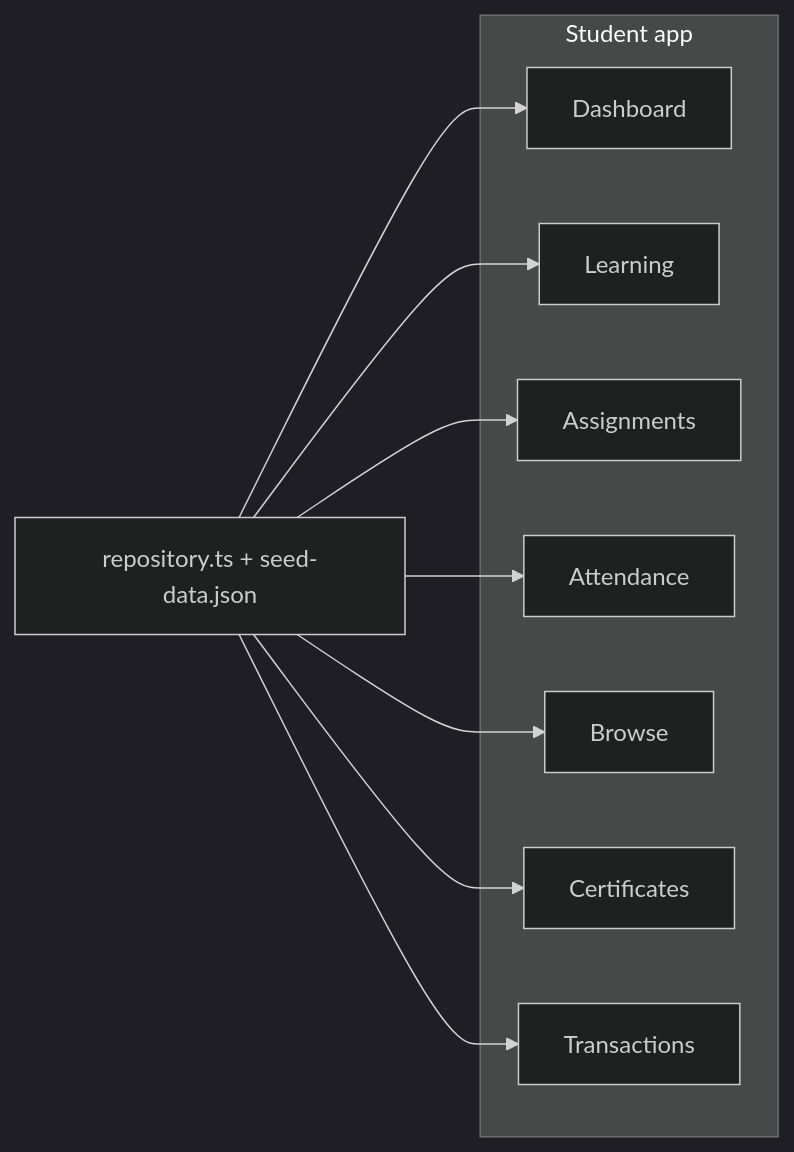
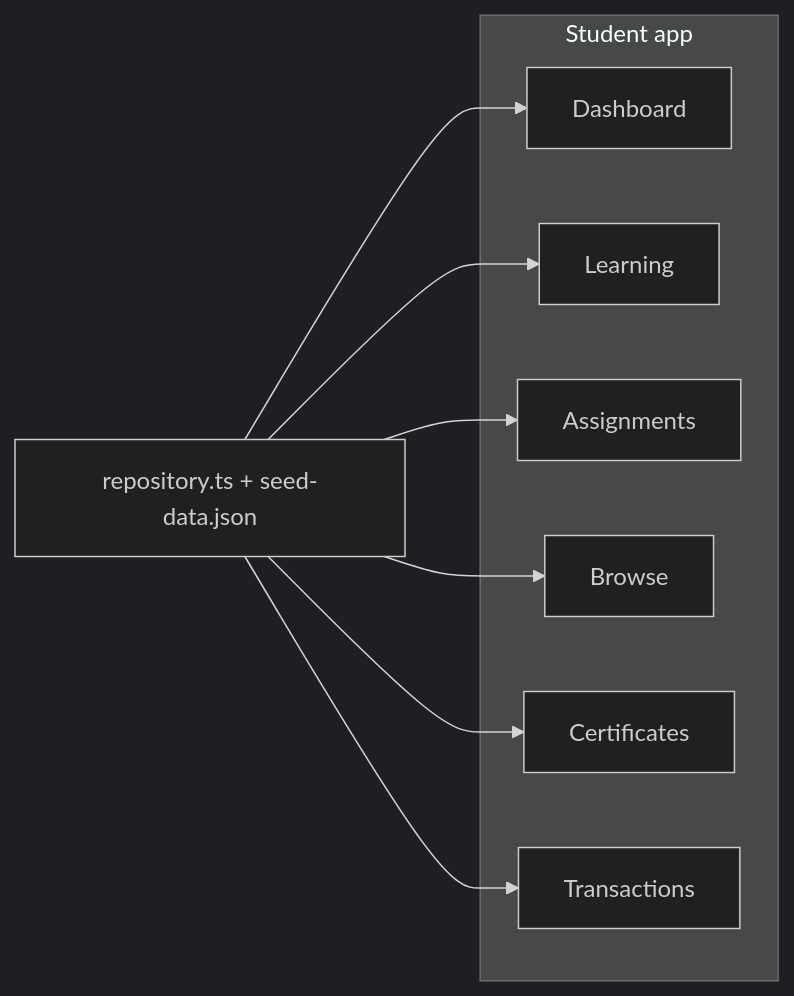
One commit to Dinus-Open-Source-Community/web-DU changed the diagram in frontend/docs/student/README.md. Above: the diagram before and after it, drawn with Mermaid (dark theme). The commit also changed other lines of this file and 57 other files, not shown here.

````diff
--- a/frontend/docs/student/README.md
+++ b/frontend/docs/student/README.md
@@ -22,14 +21,13 @@
 ```mermaid
 flowchart LR
   subgraph student [Student app]
     D[Dashboard]
     L[Learning]
     A[Assignments]
-    AT[Attendance]
     B[Browse]
     C[Certificates]
     T[Transactions]
   end
   Repo[repository.ts + seed-data.json]
-  Repo --> D & L & A & AT & B & C & T
+  Repo --> D & L & A & B & C & T
 ```
````
